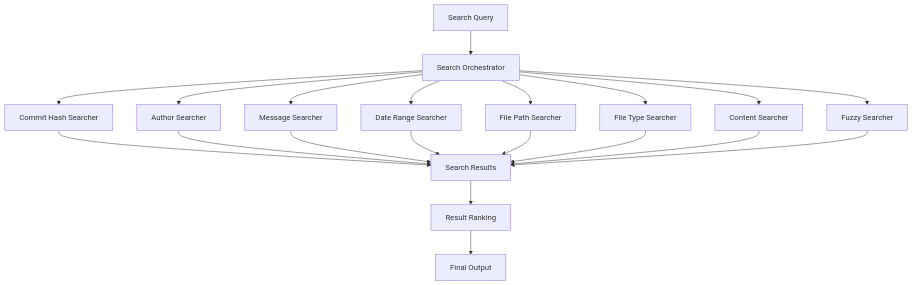
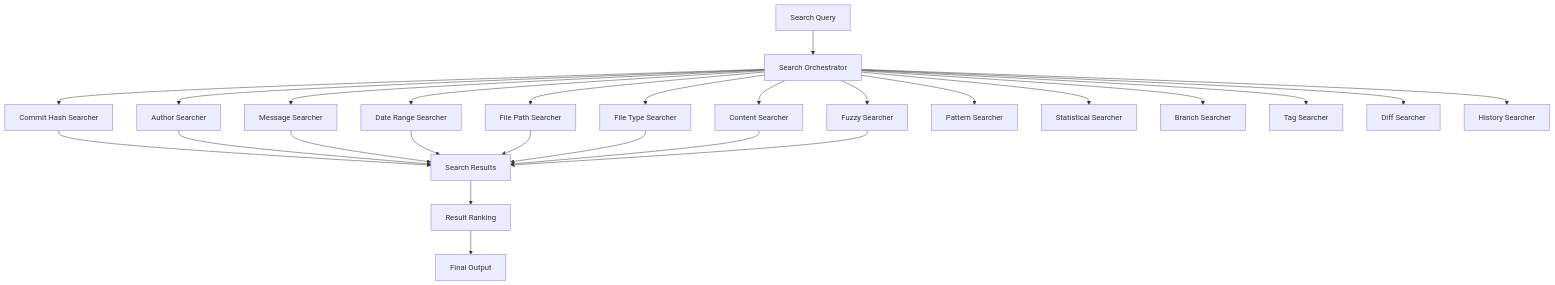
One commit to AstroAir/GitHound changed the diagram in docs/user-guide/search-capabilities.md. Above: the diagram before and after it, drawn with Mermaid. The commit also changed other lines of this file and 273 other files, not shown here.

````diff
--- a/docs/user-guide/search-capabilities.md
+++ b/docs/user-guide/search-capabilities.md
@@ -33,24 +36,30 @@
 ```mermaid
 graph TB
     Query[Search Query] --> Orchestrator[Search Orchestrator]
     Orchestrator --> CommitHash[Commit Hash Searcher]
     Orchestrator --> Author[Author Searcher]
     Orchestrator --> Message[Message Searcher]
     Orchestrator --> DateRange[Date Range Searcher]
     Orchestrator --> FilePath[File Path Searcher]
     Orchestrator --> FileType[File Type Searcher]
     Orchestrator --> Content[Content Searcher]
     Orchestrator --> Fuzzy[Fuzzy Searcher]
+    Orchestrator --> Pattern[Pattern Searcher]
+    Orchestrator --> Statistical[Statistical Searcher]
+    Orchestrator --> Branch[Branch Searcher]
+    Orchestrator --> Tag[Tag Searcher]
+    Orchestrator --> Diff[Diff Searcher]
+    Orchestrator --> History[History Searcher]
 
     CommitHash --> Results[Search Results]
     Author --> Results
     Message --> Results
     DateRange --> Results
     FilePath --> Results
     FileType --> Results
     Content --> Results
     Fuzzy --> Results
 
     Results --> Ranking[Result Ranking]
     Ranking --> Output[Final Output]
 ```
````
